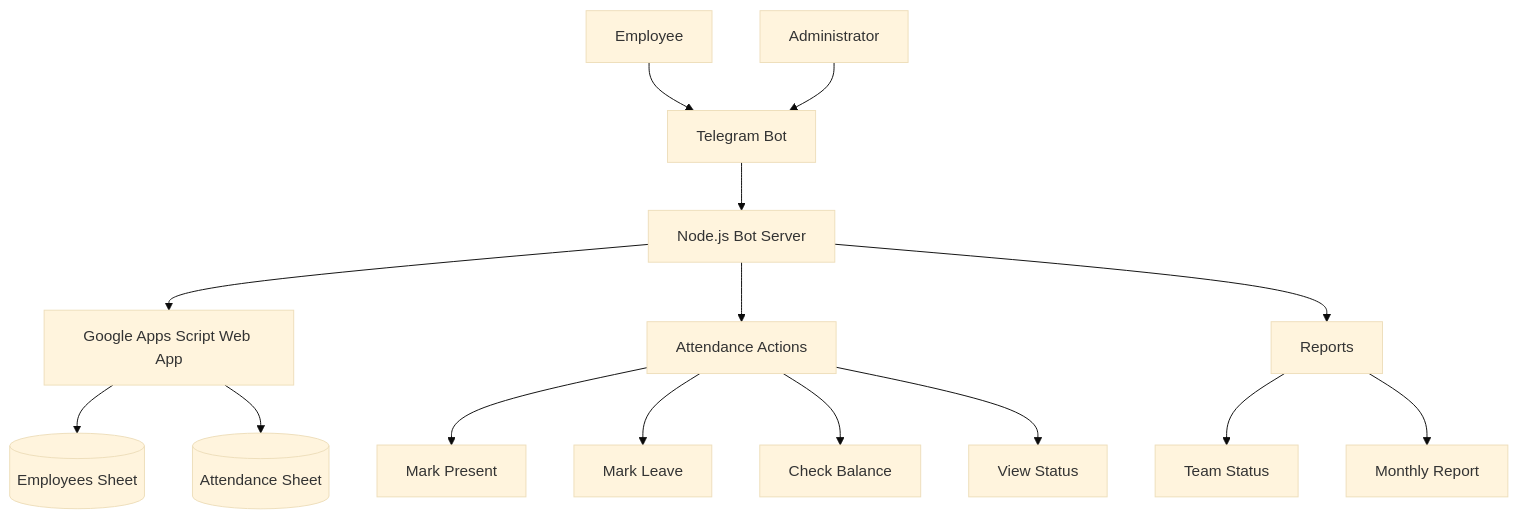
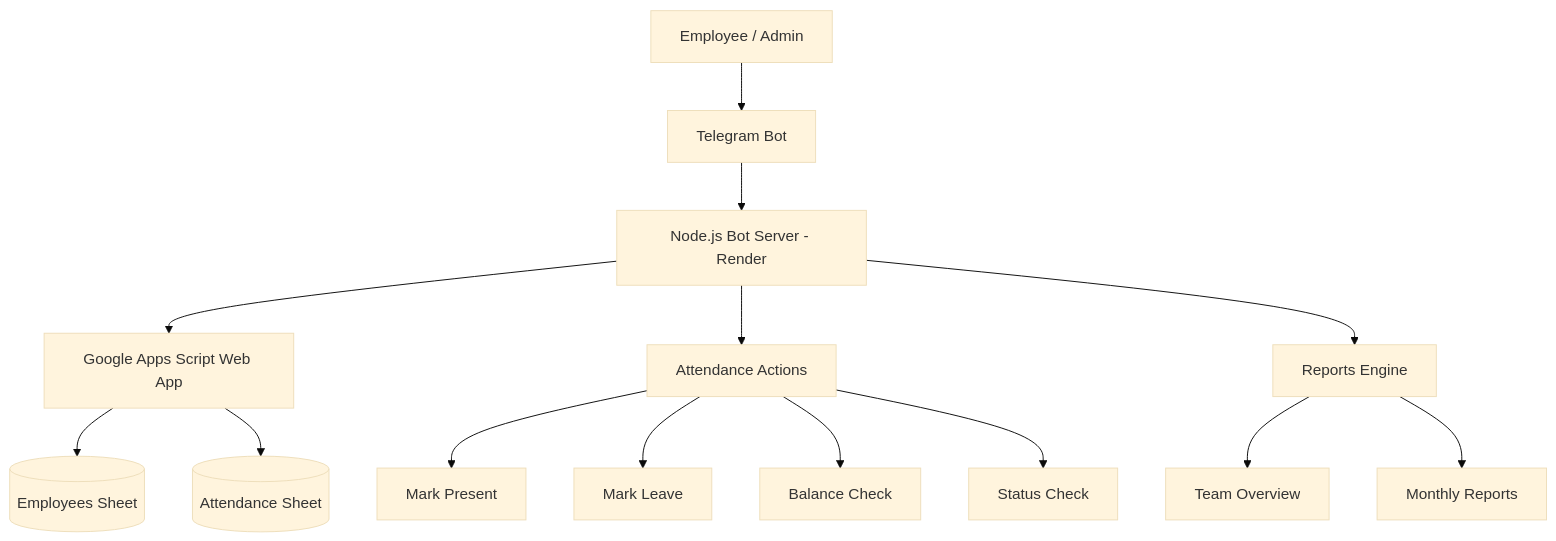
Before and after one commit to prathiusharun/tinkerhub-attendance-bot: the diagram in README.md, drawn with Mermaid (base theme). The commit also changed other lines of this file, not shown here.

````diff
--- a/README.md
+++ b/README.md
@@ -7,23 +17,22 @@
 ```mermaid
 flowchart TD
-    U[Employee] --> T[Telegram Bot]
-    A[Administrator] --> T
+    U[Employee / Admin] --> T[Telegram Bot]
 
-    T --> B[Node.js Bot Server]
+    T --> N[Node.js Bot Server - Render]
 
-    B --> GS[Google Apps Script Web App]
+    N --> A[Google Apps Script Web App]
 
-    GS --> E[(Employees Sheet)]
-    GS --> AT[(Attendance Sheet)]
+    A --> E[(Employees Sheet)]
+    A --> AT[(Attendance Sheet)]
 
-    B --> P[Attendance Actions]
-    B --> R[Reports]
+    N --> R1[Attendance Actions]
+    N --> R2[Reports Engine]
 
-    P --> M1[Mark Present]
-    P --> M2[Mark Leave]
-    P --> M3[Check Balance]
-    P --> M4[View Status]
+    R1 --> M1[Mark Present]
+    R1 --> M2[Mark Leave]
+    R1 --> M3[Balance Check]
+    R1 --> M4[Status Check]
 
-    R --> R1[Team Status]
-    R --> R2[Monthly Report]
+    R2 --> R3[Team Overview]
+    R2 --> R4[Monthly Reports]
 ```
````
